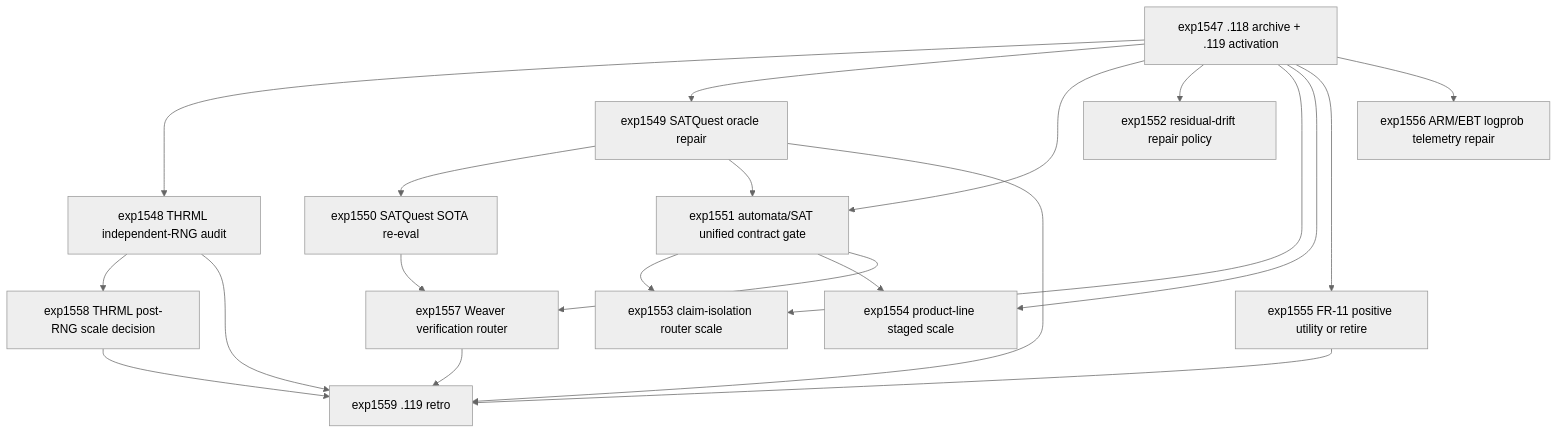
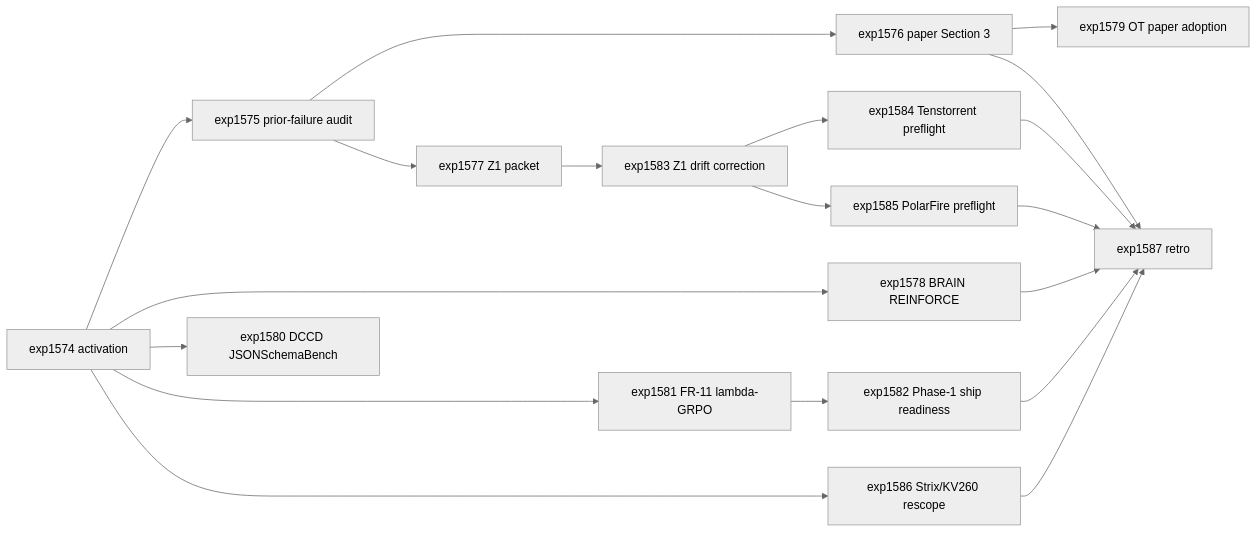
One commit to Carnot-EBM/carnot-ebm changed the second of 2 diagrams in openspec/change-proposals/research-roadmap-vNEXT.md. Above: the diagram before and after it, drawn with Mermaid (neutral theme). The commit also changed other lines of this file and 5 other files, not shown here.

````diff
--- a/openspec/change-proposals/research-roadmap-vNEXT.md
+++ b/openspec/change-proposals/research-roadmap-vNEXT.md
@@ -152,37 +110,21 @@
 ```mermaid
-flowchart TD
-    E1547[exp1547 .118 archive + .119 activation]
-    E1548[exp1548 THRML independent-RNG audit]
-    E1549[exp1549 SATQuest oracle repair]
-    E1550[exp1550 SATQuest SOTA re-eval]
-    E1551[exp1551 automata/SAT unified contract gate]
-    E1552[exp1552 residual-drift repair policy]
-    E1553[exp1553 claim-isolation router scale]
-    E1554[exp1554 product-line staged scale]
-    E1555[exp1555 FR-11 positive utility or retire]
-    E1556[exp1556 ARM/EBT logprob telemetry repair]
-    E1557[exp1557 Weaver verification router]
-    E1558[exp1558 THRML post-RNG scale decision]
-    E1559[exp1559 .119 retro]
-
-    E1547 --> E1548
-    E1547 --> E1549
-    E1549 --> E1550
-    E1547 --> E1551
-    E1549 --> E1551
-    E1547 --> E1552
-    E1551 --> E1553
-    E1547 --> E1553
-    E1551 --> E1554
-    E1547 --> E1554
-    E1547 --> E1555
-    E1547 --> E1556
-    E1550 --> E1557
-    E1551 --> E1557
-    E1548 --> E1558
-    E1548 --> E1559
-    E1549 --> E1559
-    E1555 --> E1559
-    E1557 --> E1559
-    E1558 --> E1559
+flowchart LR
+    E1574[exp1574 activation] --> E1575[exp1575 prior-failure audit]
+    E1575 --> E1576[exp1576 paper Section 3]
+    E1575 --> E1577[exp1577 Z1 packet]
+    E1574 --> E1578[exp1578 BRAIN REINFORCE]
+    E1576 --> E1579[exp1579 OT paper adoption]
+    E1574 --> E1580[exp1580 DCCD JSONSchemaBench]
+    E1574 --> E1581[exp1581 FR-11 lambda-GRPO]
+    E1581 --> E1582[exp1582 Phase-1 ship readiness]
+    E1577 --> E1583[exp1583 Z1 drift correction]
+    E1583 --> E1584[exp1584 Tenstorrent preflight]
+    E1583 --> E1585[exp1585 PolarFire preflight]
+    E1574 --> E1586[exp1586 Strix/KV260 rescope]
+    E1576 --> E1587[exp1587 retro]
+    E1578 --> E1587
+    E1582 --> E1587
+    E1584 --> E1587
+    E1585 --> E1587
+    E1586 --> E1587
 ```
````
